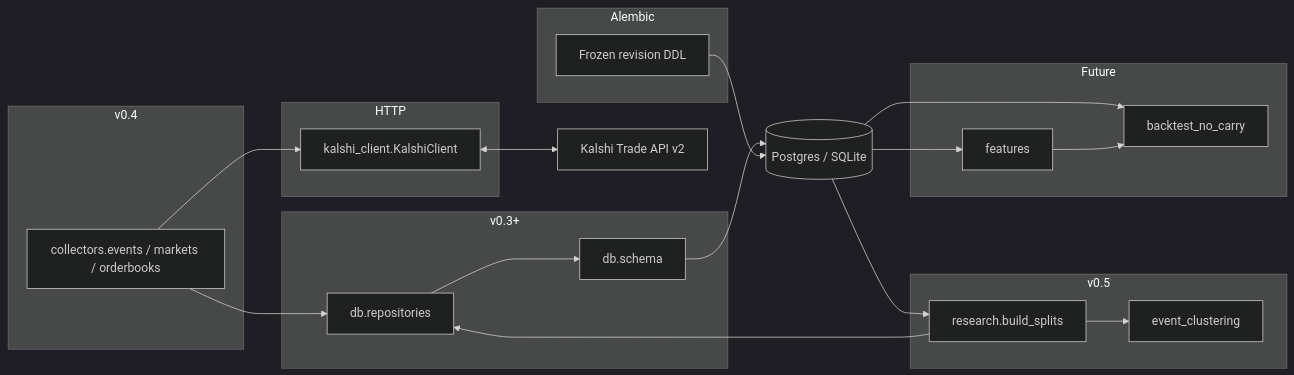
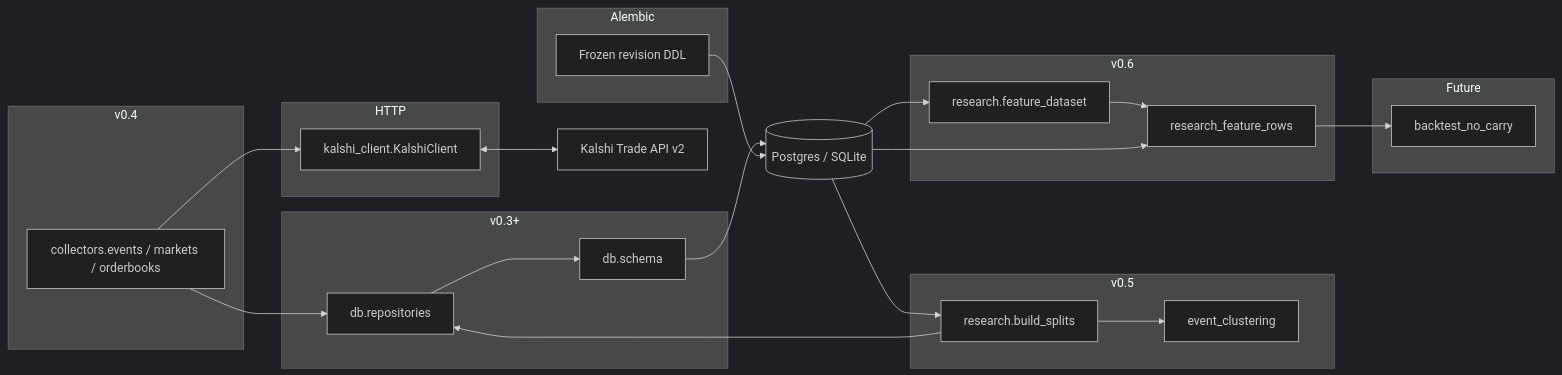
Before and after one commit to aryanbonigala/No-Contracts: the diagram in docs/ARCHITECTURE.md, drawn with Mermaid (dark theme). The commit also changed other lines of this file and 16 other files, not shown here.

Commit message:
v0.6 build feature engineering dataset

````diff
--- a/docs/ARCHITECTURE.md
+++ b/docs/ARCHITECTURE.md
@@ -11,38 +11,42 @@
 ```mermaid
 flowchart LR
   subgraph client [HTTP]
     KC[kalshi_client.KalshiClient]
   end
   subgraph ingest [v0.4]
     COL[collectors.events / markets / orderbooks]
   end
   subgraph persistence [v0.3+]
     REP[db.repositories]
     SCH[db.schema]
   end
   subgraph migrations [Alembic]
     ALB[Frozen revision DDL]
   end
   subgraph splits [v0.5]
     BC[research.build_splits]
     CL[event_clustering]
   end
   API[Kalshi Trade API v2]
   KC <--> API
   COL --> KC
   COL --> REP
   BC --> REP
   BC --> CL
   REP --> SCH
   DB[(Postgres / SQLite)]
   SCH --> DB
   ALB --> DB
+  subgraph features [v0.6]
+    FBUILD[research.feature_dataset]
+    RFR[research_feature_rows]
+  end
   subgraph research_future [Future]
-    FE[features]
     BT[backtest_no_carry]
   end
   DB --> BC
-  DB --> FE
-  DB --> BT
-  FE --> BT
+  DB --> FBUILD
+  FBUILD --> RFR
+  DB --> RFR
+  RFR --> BT
 ```
````
